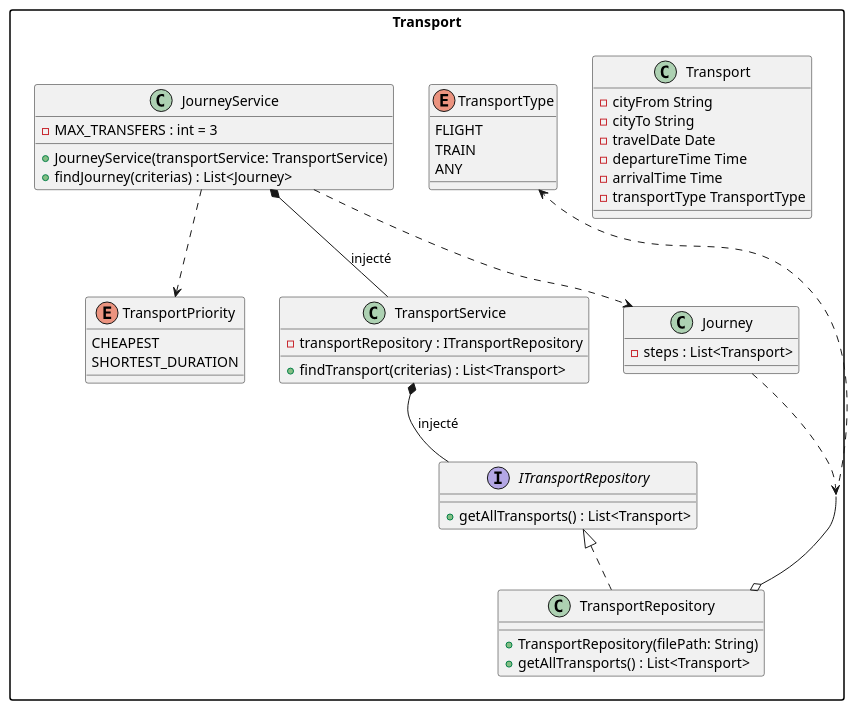
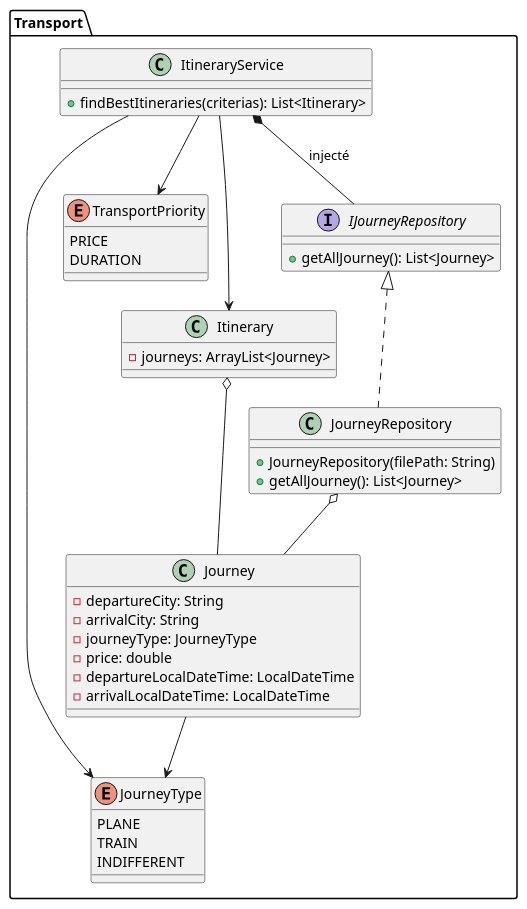
One commit to maud-genetet/s9-projet-test changed the diagram in diag/transport.puml. Above: the diagram before and after it, drawn with PlantUML.

Commit message:
diagram transport

```diff
--- a/diag/transport.puml
+++ b/diag/transport.puml
@@ -1,63 +1,53 @@
 @startuml
-
-skinparam packageStyle rectangle
-skinparam interfaceStyle strict
 
 package "Transport" {
 
-    class Transport {
-        - cityFrom String
-        - cityTo String
-        - travelDate Date
-        - departureTime Time
-        - arrivalTime Time
-        - transportType TransportType
-    }
-
-    enum TransportType {
-        FLIGHT
+        enum JourneyType {
+        PLANE
         TRAIN
-        ANY
+        INDIFFERENT
     }
 
     enum TransportPriority {
-        CHEAPEST
-        SHORTEST_DURATION
-    }
-
-    class TransportService {
-        - transportRepository : ITransportRepository
-
-        + findTransport(criterias) : List<Transport>
-    }
-
-    interface ITransportRepository {
-        + getAllTransports() : List<Transport>
-    }
-
-    class TransportRepository implements ITransportRepository {
-        + TransportRepository(filePath: String)
-        + getAllTransports() : List<Transport> 
+        PRICE
+        DURATION
     }
 
     class Journey {
-        - steps : List<Transport>
+        - departureCity: String
+        - arrivalCity: String
+        - journeyType: JourneyType
+        - price: double
+        - departureLocalDateTime: LocalDateTime
+        - arrivalLocalDateTime: LocalDateTime
     }
 
-    class JourneyService {
-        - MAX_TRANSFERS : int = 3
 
-        + JourneyService(transportService: TransportService)
-        + findJourney(criterias) : List<Journey>
+
+    class Itinerary {
+        - journeys: ArrayList<Journey>
+    }
+
+    class ItineraryService {
+        + findBestItineraries(criterias): List<Itinerary>
+    }
+
+    interface IJourneyRepository {
+        + getAllJourney(): List<Journey>
+    }
+
+    class JourneyRepository implements IJourneyRepository {
+        + JourneyRepository(filePath: String)
+        + getAllJourney(): List<Journey>
     }
 }
 
-TransportService *-- ITransportRepository : injecté
-TransportRepository o-- Transport
-Transport ..> TransportType 
-JourneyService ..> Journey
-JourneyService ..> TransportPriority
-JourneyService *-- TransportService : injecté
-Journey ..> Transport
+ItineraryService *-- IJourneyRepository : injecté
+JourneyRepository o-- Journey
+Itinerary o-- Journey
+ItineraryService --> Itinerary
+ItineraryService --> TransportPriority
+ItineraryService --> JourneyType
+Journey --> JourneyType
 
 @enduml
```
